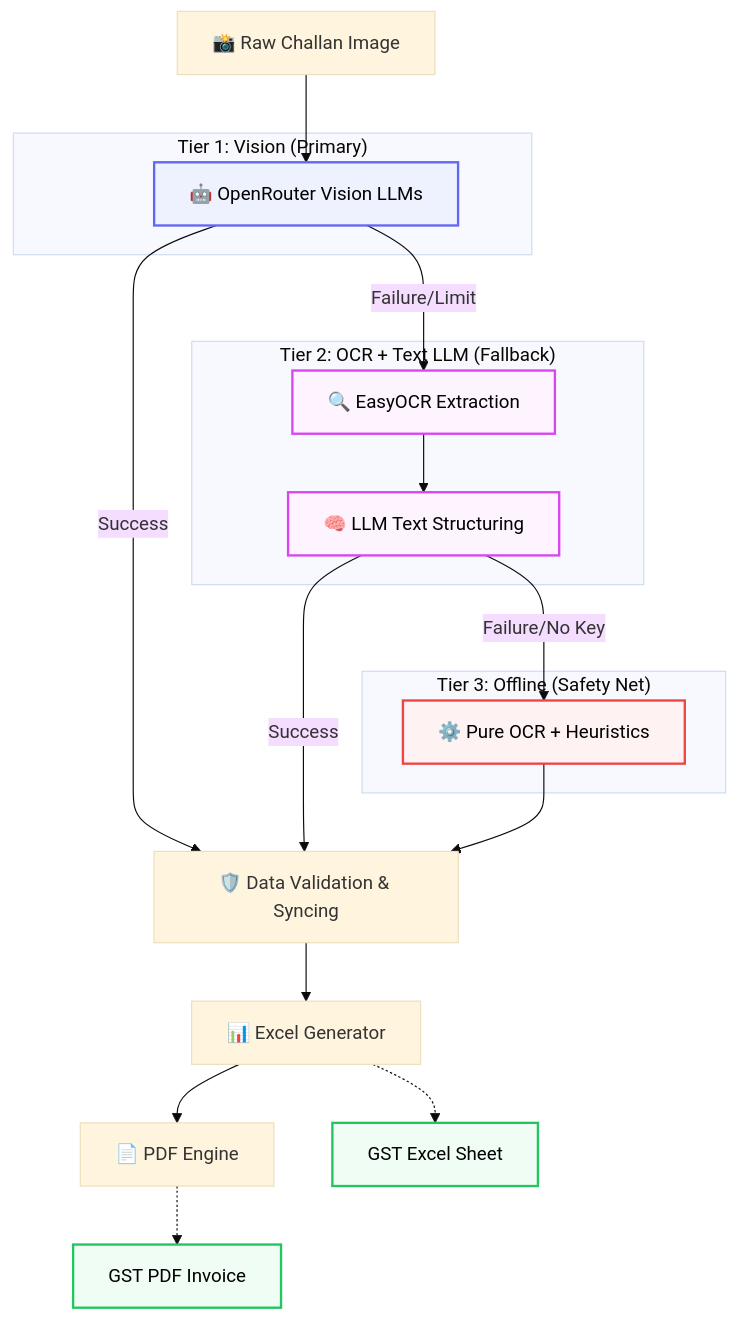
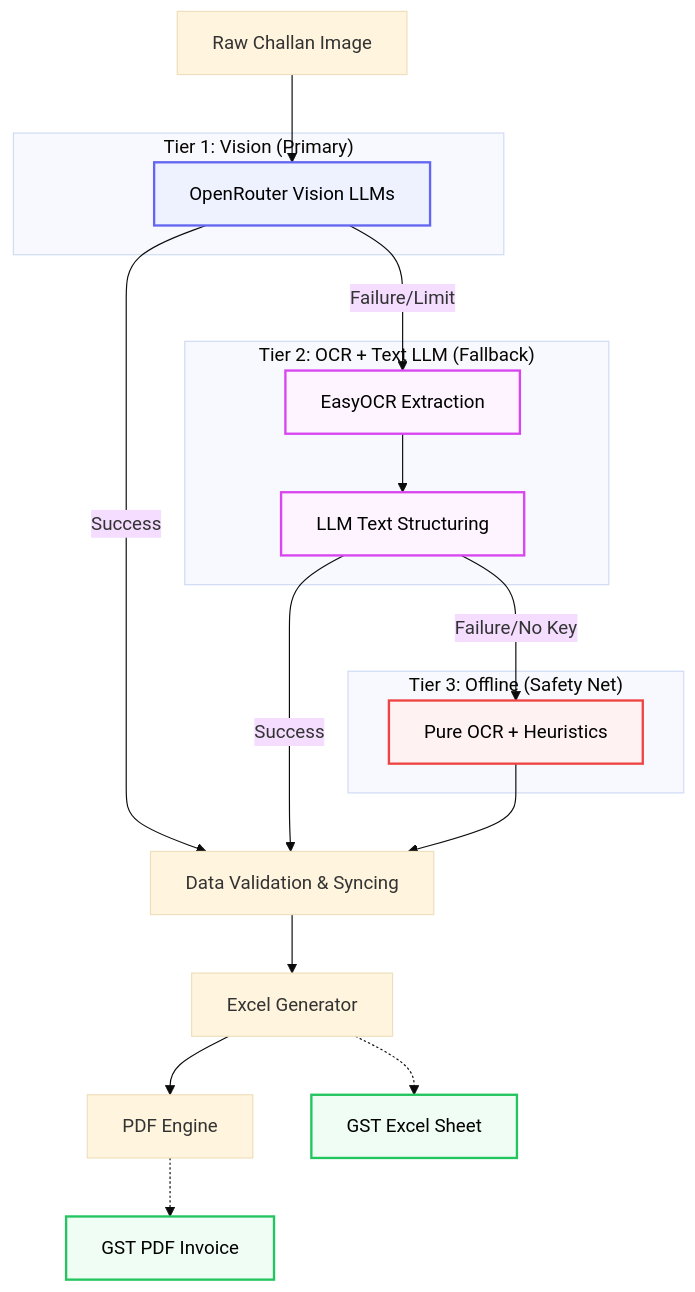
Before and after one commit to prshv1/invoice-generator: the diagram in README.md, drawn with Mermaid (base theme). The commit also changed other lines of this file and 3 other files, not shown here.

````diff
--- a/README.md
+++ b/README.md
@@ -209,42 +149,42 @@
 ```mermaid
 graph TD
     classDef primary fill:#eef2ff,stroke:#6366f1,stroke-width:2px,color:#000;
     classDef fallback fill:#fdf4ff,stroke:#d946ef,stroke-width:2px,color:#000;
     classDef offline fill:#fef2f2,stroke:#ef4444,stroke-width:2px,color:#000;
     classDef output fill:#f0fdf4,stroke:#22c55e,stroke-width:2px,color:#000;
 
-    Input[📸 Raw Challan Image] --> T1
+    Input[Raw Challan Image] --> T1
 
     subgraph "Tier 1: Vision (Primary)"
-    T1[🤖 OpenRouter Vision LLMs]
+    T1[OpenRouter Vision LLMs]
     end
 
     subgraph "Tier 2: OCR + Text LLM (Fallback)"
-    T2_OCR[🔍 EasyOCR Extraction]
-    T2_LLM[🧠 LLM Text Structuring]
+    T2_OCR[EasyOCR Extraction]
+    T2_LLM[LLM Text Structuring]
     T2_OCR --> T2_LLM
     end
 
     subgraph "Tier 3: Offline (Safety Net)"
-    T3[⚙️ Pure OCR + Heuristics]
+    T3[Pure OCR + Heuristics]
     end
 
-    T1 -- Success --> Valid[🛡️ Data Validation & Syncing]
+    T1 -- Success --> Valid[Data Validation & Syncing]
     T1 -- Failure/Limit --> T2_OCR
-    
+
     T2_LLM -- Success --> Valid
     T2_LLM -- Failure/No Key --> T3
-    
+
     T3 --> Valid
 
-    Valid --> Excel[📊 Excel Generator]
-    Excel --> PDF[📄 PDF Engine]
+    Valid --> Excel[Excel Generator]
+    Excel --> PDF[PDF Engine]
 
     Excel -.-> Out1[GST Excel Sheet]
     PDF -.-> Out2[GST PDF Invoice]
 
     class T1 primary
     class T2_OCR,T2_LLM fallback
     class T3 offline
     class Out1,Out2 output
 ```
````
